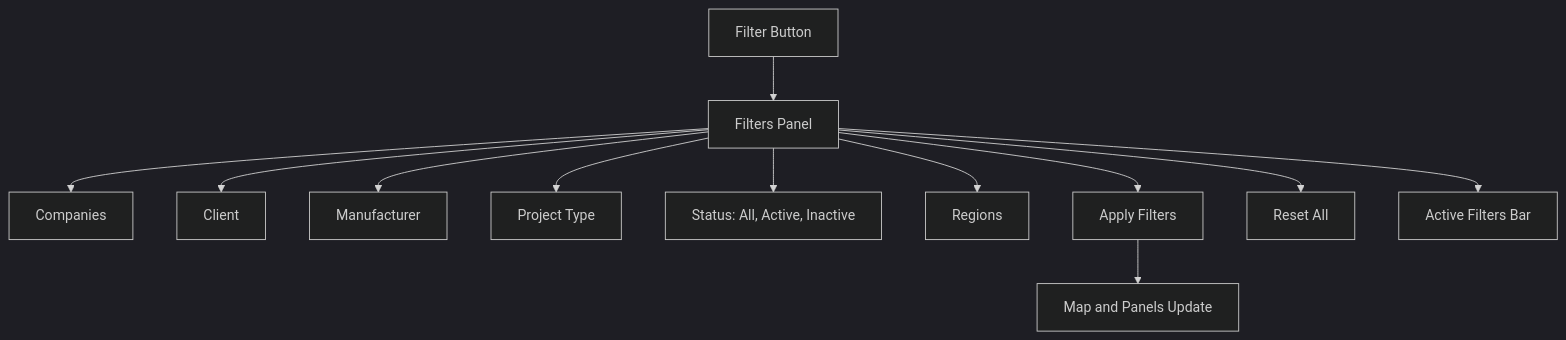
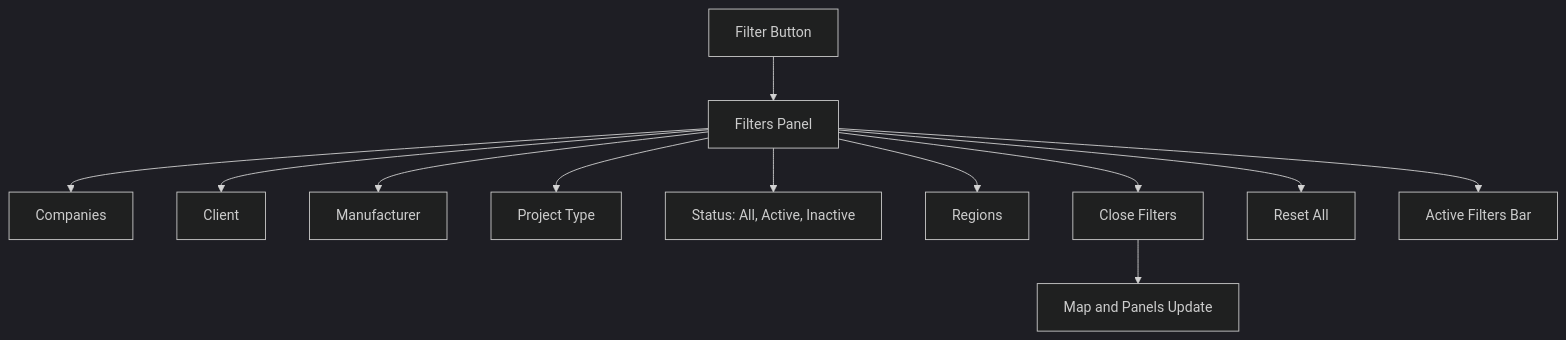
The second of 12 diagrams in docs/WAR_ROOM_FEATURE_DIAGRAMS.md (MilyonKifleyesus/Testing3), drawn with Mermaid (dark theme) before and after one commit. The commit also changed 8 other files, not shown here.

````diff
--- a/docs/WAR_ROOM_FEATURE_DIAGRAMS.md
+++ b/docs/WAR_ROOM_FEATURE_DIAGRAMS.md
@@ -51,27 +51,27 @@
 ```mermaid
 graph TB
     A[Filter Button]
     B[Filters Panel]
     C[Companies]
     D[Client]
     E[Manufacturer]
     F[Project Type]
     G[Status: All, Active, Inactive]
     H[Regions]
-    I[Apply Filters]
+    I[Close Filters]
     J[Reset All]
     K[Active Filters Bar]
     L[Map and Panels Update]
 
     A --> B
     B --> C
     B --> D
     B --> E
     B --> F
     B --> G
     B --> H
     B --> I
     B --> J
     B --> K
     I --> L
 ```
````
